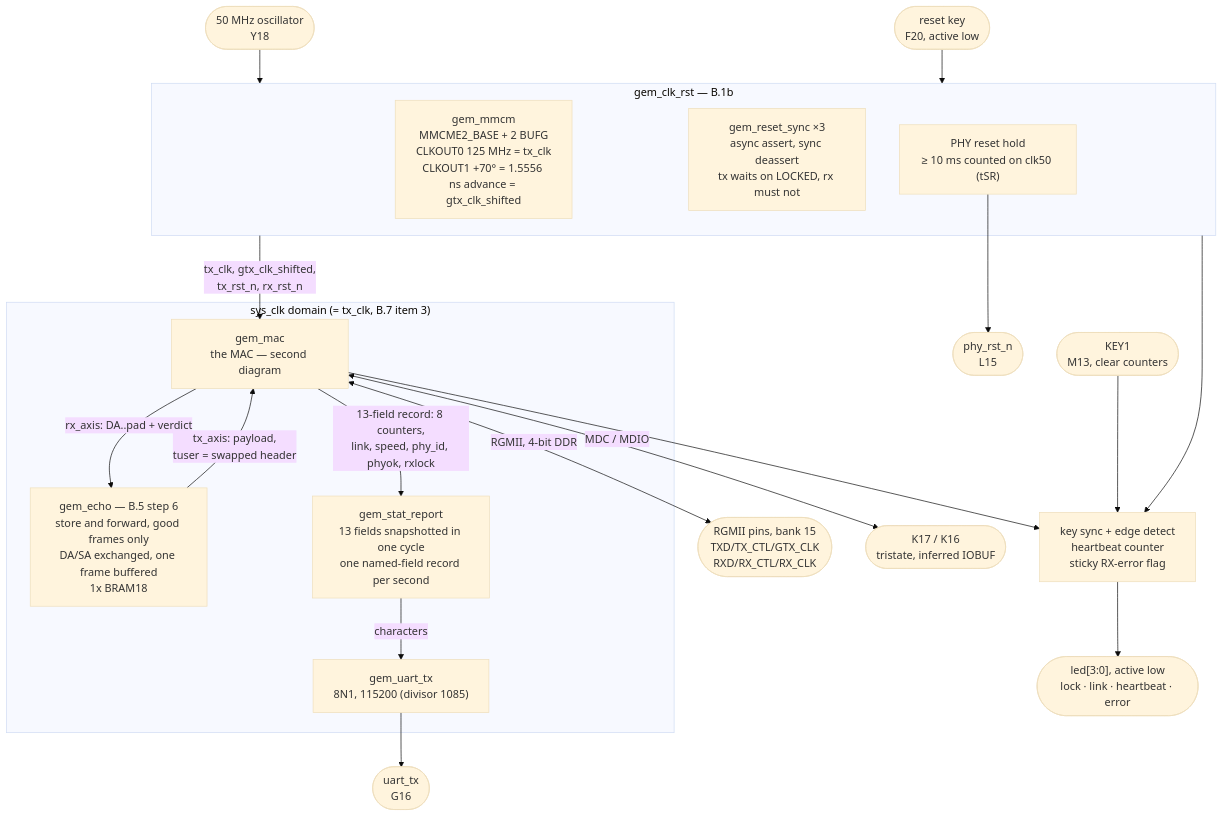
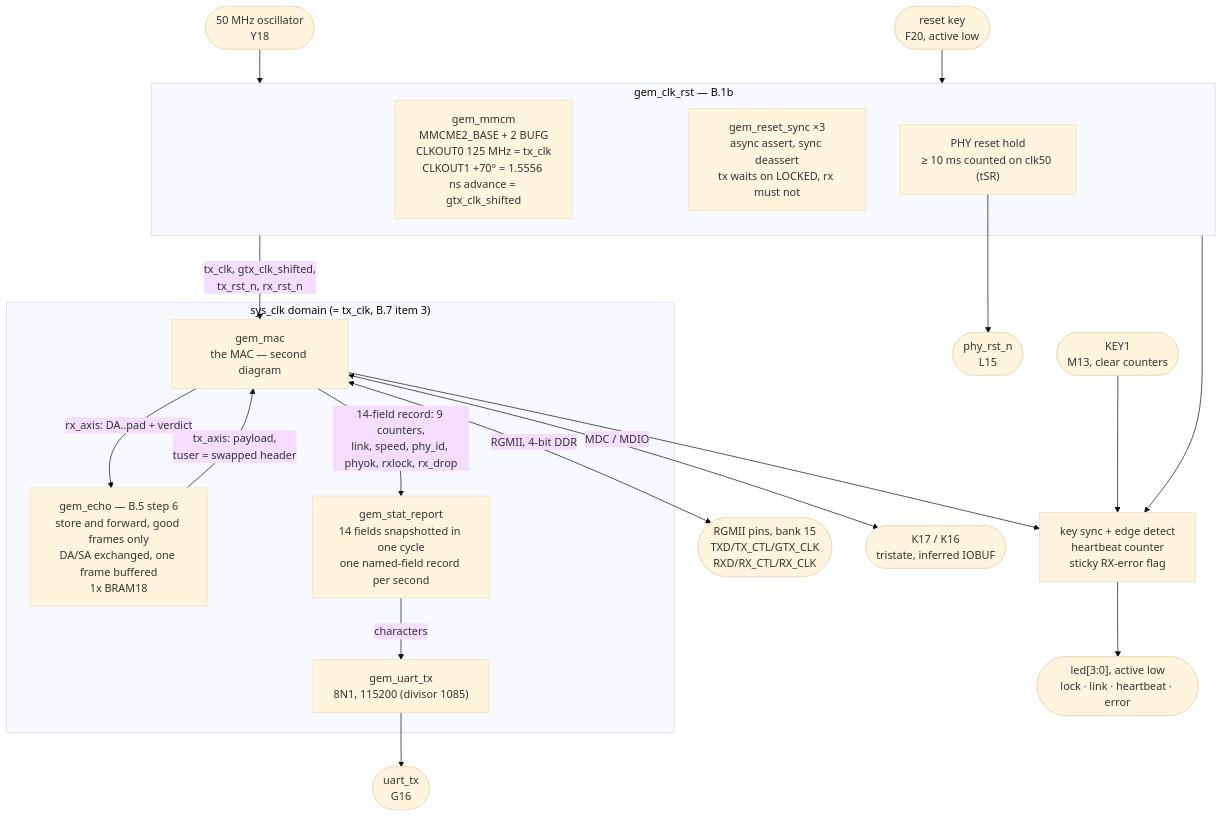
One commit to sraghup7/MAC-1G changed the first of 2 diagrams in spec/block_diagram.md. Above: the diagram before and after it, drawn with Mermaid (base theme). The commit also changed other lines of this file and 15 other files, not shown here.

````diff
--- a/spec/block_diagram.md
+++ b/spec/block_diagram.md
@@ -17,34 +17,34 @@
 ```mermaid
 flowchart TB
     OSC(["50 MHz oscillator\nY18"]) --> CLKRST
     KEY(["reset key\nF20, active low"]) --> CLKRST
     KEY1(["KEY1\nM13, clear counters"]) --> GLUE
 
     subgraph CLKRST["gem_clk_rst — B.1b"]
         MMCM["gem_mmcm\nMMCME2_BASE + 2 BUFG\nCLKOUT0 125 MHz = tx_clk\nCLKOUT1 +70° = 1.5556 ns advance = gtx_clk_shifted"]
         RSTS["gem_reset_sync ×3\nasync assert, sync deassert\ntx waits on LOCKED, rx must not"]
         PHYHOLD["PHY reset hold\n≥ 10 ms counted on clk50 (tSR)"]
     end
 
     subgraph SYSDOM["sys_clk domain (= tx_clk, B.7 item 3)"]
         MAC["gem_mac\nthe MAC — second diagram"]
         ECHO["gem_echo — B.5 step 6\nstore and forward, good frames only\nDA/SA exchanged, one frame buffered\n1x BRAM18"]
-        REPORT["gem_stat_report\n13 fields snapshotted in one cycle\none named-field record per second"]
+        REPORT["gem_stat_report\n14 fields snapshotted in one cycle\none named-field record per second"]
         UART["gem_uart_tx\n8N1, 115200 (divisor 1085)"]
     end
 
     CLKRST -->|tx_clk, gtx_clk_shifted,\ntx_rst_n, rx_rst_n| MAC
     PHYHOLD --> PHYRSTPIN(["phy_rst_n\nL15"])
 
     MAC -->|rx_axis: DA..pad + verdict| ECHO
     ECHO -->|tx_axis: payload,\ntuser = swapped header| MAC
-    MAC -->|13-field record: 8 counters,\nlink, speed, phy_id, phyok, rxlock| REPORT
+    MAC -->|14-field record: 9 counters,\nlink, speed, phy_id, phyok, rxlock, rx_drop| REPORT
     REPORT -->|characters| UART --> UARTPIN(["uart_tx\nG16"])
 
     MAC <-->|RGMII, 4-bit DDR| RGMIIPINS(["RGMII pins, bank 15\nTXD/TX_CTL/GTX_CLK\nRXD/RX_CTL/RX_CLK"])
     MAC <-->|MDC / MDIO| MDIOPINS(["K17 / K16\ntristate, inferred IOBUF"])
 
     MAC --> GLUE
     CLKRST --> GLUE
     GLUE["key sync + edge detect\nheartbeat counter\nsticky RX-error flag"] --> LEDS(["led[3:0], active low\nlock · link · heartbeat · error"])
 ```
````
